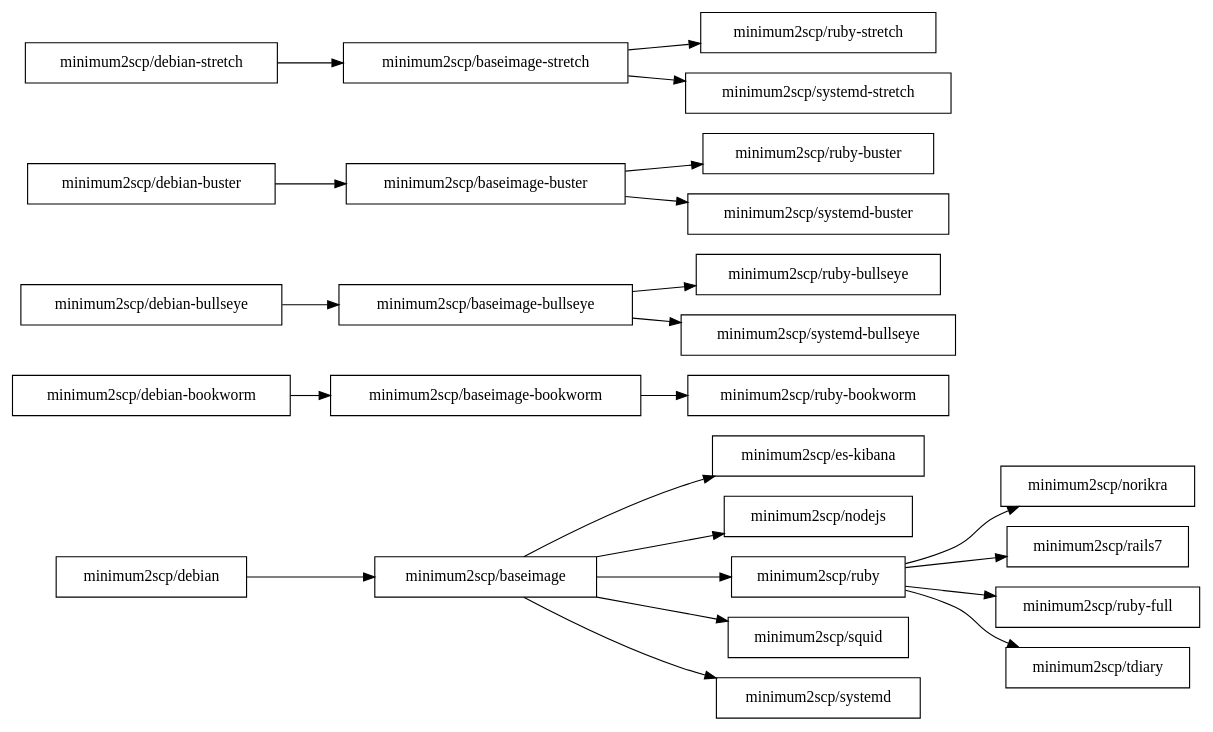
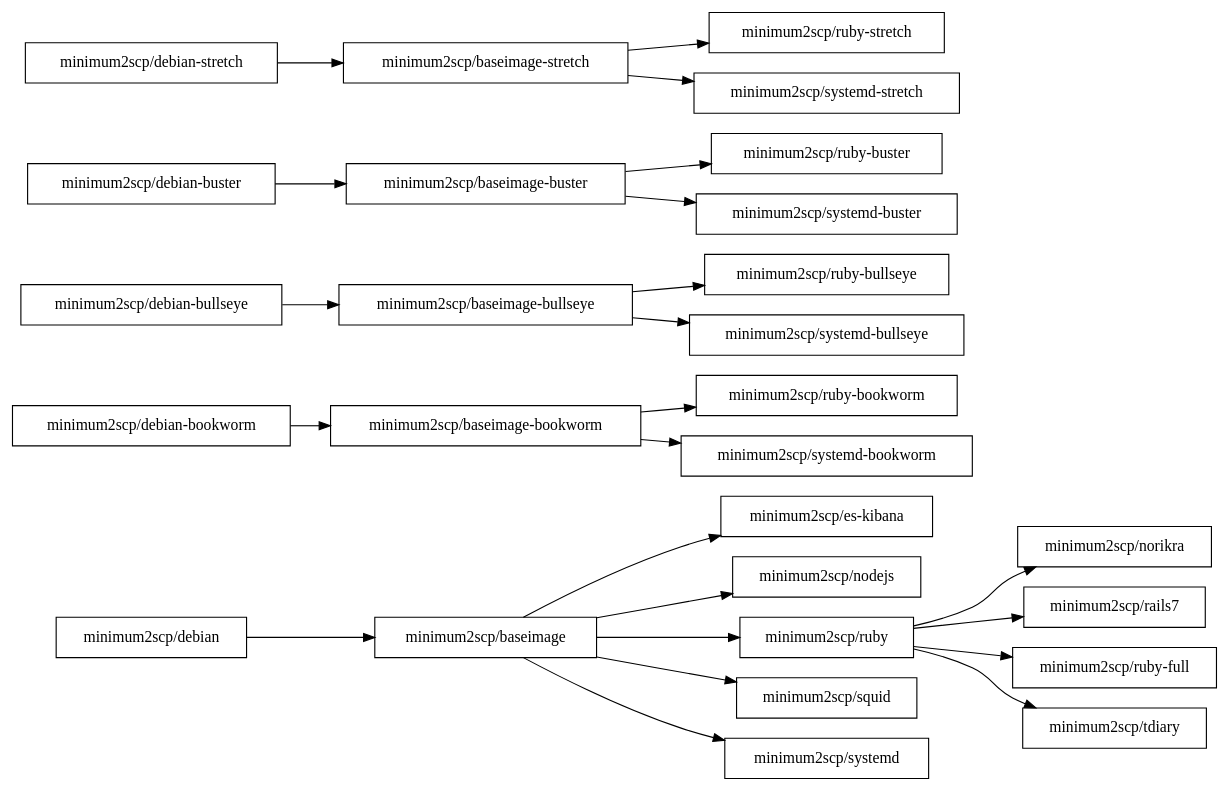
Before and after one commit to minimum2scp/dockerfiles: the diagram in deps.dot, drawn with Graphviz.

```diff
--- a/deps.dot
+++ b/deps.dot
@@ -1,55 +1,56 @@
 digraph deps {
   graph [
     rankdir = "LR"
   ];
 
   node [
     shape = "box"
   ];
 
   ratio = auto;
 
   baseimage          [label = "minimum2scp/baseimage"];
   baseimage_bookworm [label = "minimum2scp/baseimage-bookworm"];
   baseimage_bullseye [label = "minimum2scp/baseimage-bullseye"];
   baseimage_buster   [label = "minimum2scp/baseimage-buster"];
   baseimage_stretch  [label = "minimum2scp/baseimage-stretch"];
   debian             [label = "minimum2scp/debian"];
   debian_bookworm    [label = "minimum2scp/debian-bookworm"];
   debian_bullseye    [label = "minimum2scp/debian-bullseye"];
   debian_buster      [label = "minimum2scp/debian-buster"];
   debian_stretch     [label = "minimum2scp/debian-stretch"];
   es_kibana          [label = "minimum2scp/es-kibana"];
   nodejs             [label = "minimum2scp/nodejs"];
   norikra            [label = "minimum2scp/norikra"];
   rails7             [label = "minimum2scp/rails7"];
   ruby               [label = "minimum2scp/ruby"];
   ruby_bookworm      [label = "minimum2scp/ruby-bookworm"];
   ruby_bullseye      [label = "minimum2scp/ruby-bullseye"];
   ruby_buster        [label = "minimum2scp/ruby-buster"];
   ruby_full          [label = "minimum2scp/ruby-full"];
   ruby_stretch       [label = "minimum2scp/ruby-stretch"];
   squid              [label = "minimum2scp/squid"];
   systemd            [label = "minimum2scp/systemd"];
+  systemd_bookworm   [label = "minimum2scp/systemd-bookworm"];
   systemd_bullseye   [label = "minimum2scp/systemd-bullseye"];
   systemd_buster     [label = "minimum2scp/systemd-buster"];
   systemd_stretch    [label = "minimum2scp/systemd-stretch"];
   tdiary             [label = "minimum2scp/tdiary"];
 
   debian    -> baseimage;
   baseimage -> {es_kibana, nodejs, ruby, squid, systemd};
   ruby      -> {norikra, rails7, ruby_full, tdiary};
 
   debian_bookworm -> baseimage_bookworm;
-  baseimage_bookworm -> ruby_bookworm;
+  baseimage_bookworm -> {ruby_bookworm, systemd_bookworm};
 
   debian_bullseye -> baseimage_bullseye;
   baseimage_bullseye -> {ruby_bullseye, systemd_bullseye};
 
   debian_buster -> baseimage_buster;
   baseimage_buster -> {ruby_buster, systemd_buster};
 
   debian_stretch   -> baseimage_stretch;
   baseimage_stretch -> {systemd_stretch, ruby_stretch};
 
 }
```
